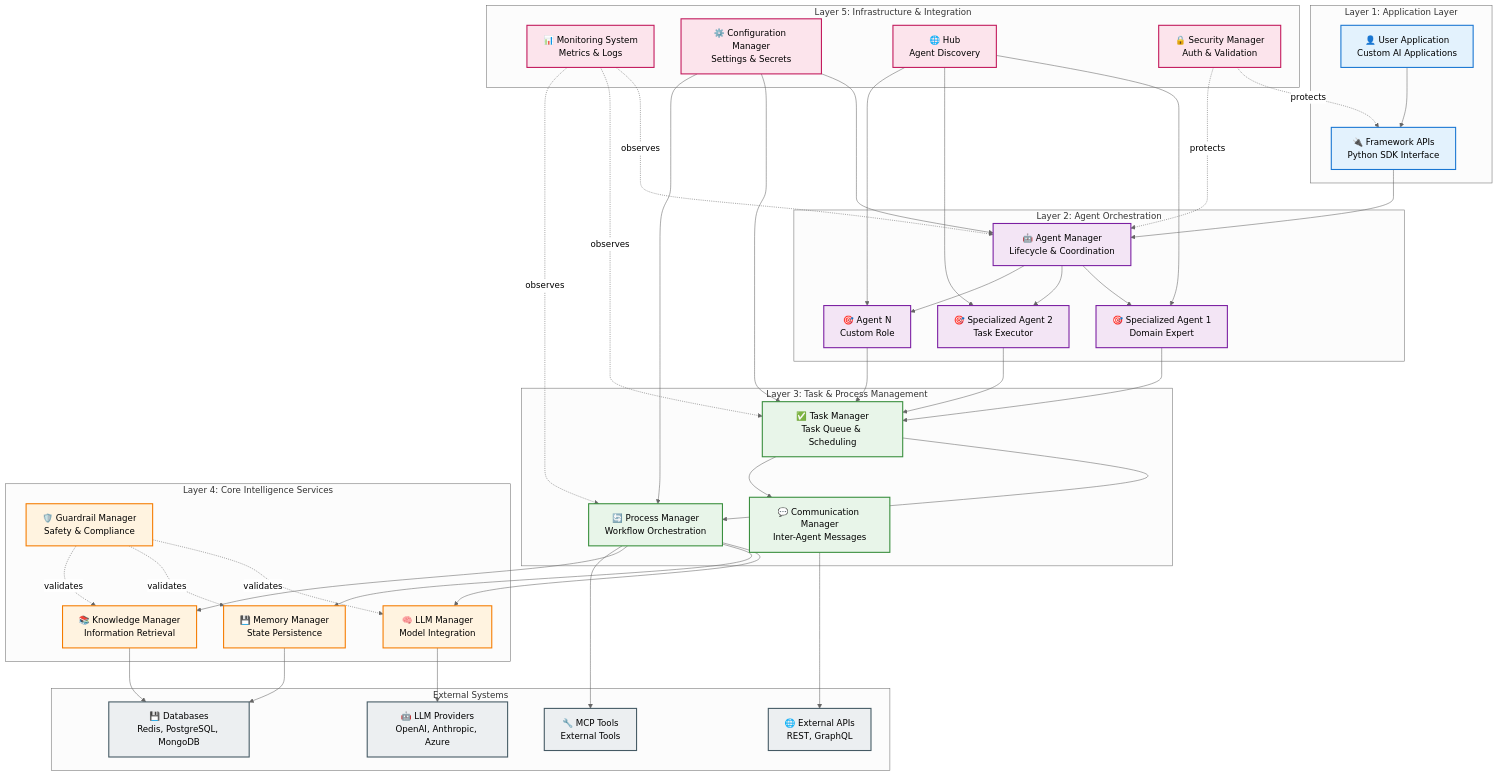
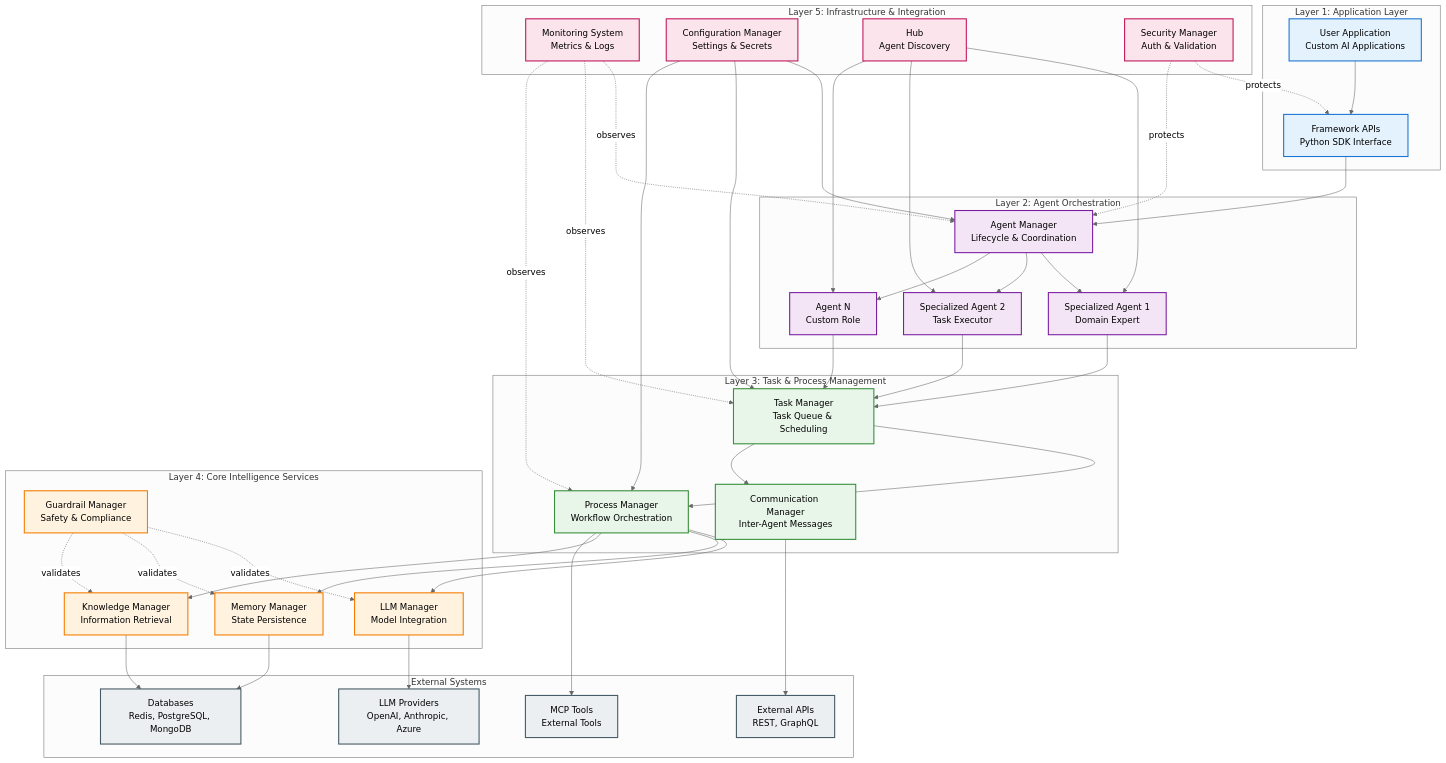
The first of 8 diagrams in docs/architecture.md (isathish/agenticaiframework), drawn with Mermaid (neutral theme) before and after one commit. The commit also changed other lines of this file and 93 other files, not shown here.

````diff
--- a/docs/architecture.md
+++ b/docs/architecture.md
@@ -117,71 +117,71 @@
 ```mermaid
 graph TB
     subgraph "Layer 1: Application Layer"
-        UA["👤 User Application<br/>Custom AI Applications"]
-        API["🔌 Framework APIs<br/>Python SDK Interface"]
+        UA[" User Application<br/>Custom AI Applications"]
+        API[" Framework APIs<br/>Python SDK Interface"]
     end
-    
+
     subgraph "Layer 2: Agent Orchestration"
-        AM["🤖 Agent Manager<br/>Lifecycle & Coordination"]
-        A1["🎯 Specialized Agent 1<br/>Domain Expert"]
-        A2["🎯 Specialized Agent 2<br/>Task Executor"]
-        AN["🎯 Agent N<br/>Custom Role"]
+        AM[" Agent Manager<br/>Lifecycle & Coordination"]
+        A1[" Specialized Agent 1<br/>Domain Expert"]
+        A2[" Specialized Agent 2<br/>Task Executor"]
+        AN[" Agent N<br/>Custom Role"]
     end
-    
+
     subgraph "Layer 3: Task & Process Management"
-        TM["✅ Task Manager<br/>Task Queue & Scheduling"]
-        PM["🔄 Process Manager<br/>Workflow Orchestration"]
-        CM["💬 Communication Manager<br/>Inter-Agent Messages"]
+        TM[" Task Manager<br/>Task Queue & Scheduling"]
+        PM[" Process Manager<br/>Workflow Orchestration"]
+        CM[" Communication Manager<br/>Inter-Agent Messages"]
     end
-    
+
     subgraph "Layer 4: Core Intelligence Services"
-        LM["🧠 LLM Manager<br/>Model Integration"]
-        MM["💾 Memory Manager<br/>State Persistence"]
-        KM["📚 Knowledge Manager<br/>Information Retrieval"]
-        GM["🛡️ Guardrail Manager<br/>Safety & Compliance"]
+        LM[" LLM Manager<br/>Model Integration"]
+        MM[" Memory Manager<br/>State Persistence"]
+        KM[" Knowledge Manager<br/>Information Retrieval"]
+        GM[" Guardrail Manager<br/>Safety & Compliance"]
     end
-    
+
     subgraph "Layer 5: Infrastructure & Integration"
-        MON["📊 Monitoring System<br/>Metrics & Logs"]
-        CONFIG["⚙️ Configuration Manager<br/>Settings & Secrets"]
-        HUB["🌐 Hub<br/>Agent Discovery"]
-        SEC["🔒 Security Manager<br/>Auth & Validation"]
+        MON[" Monitoring System<br/>Metrics & Logs"]
+        CONFIG[" Configuration Manager<br/>Settings & Secrets"]
+        HUB[" Hub<br/>Agent Discovery"]
+        SEC[" Security Manager<br/>Auth & Validation"]
     end
-    
+
     subgraph "External Systems"
-        LLMS["🤖 LLM Providers<br/>OpenAI, Anthropic, Azure"]
-        DB["💾 Databases<br/>Redis, PostgreSQL, MongoDB"]
-        APIS["🌐 External APIs<br/>REST, GraphQL"]
-        TOOLS["🔧 MCP Tools<br/>External Tools"]
+        LLMS[" LLM Providers<br/>OpenAI, Anthropic, Azure"]
+        DB[" Databases<br/>Redis, PostgreSQL, MongoDB"]
+        APIS[" External APIs<br/>REST, GraphQL"]
+        TOOLS[" MCP Tools<br/>External Tools"]
     end
-    
+
     UA --> API
     API --> AM
     AM --> A1 & A2 & AN
     A1 & A2 & AN --> TM
     TM --> PM & CM
     PM --> LM & MM & KM
     GM -."validates".-> LM & MM & KM
     MON -."observes".-> AM & TM & PM
     CONFIG --> AM & TM & PM
     HUB --> A1 & A2 & AN
     SEC -."protects".-> API & AM
     LM --> LLMS
     MM & KM --> DB
     CM --> APIS
     PM --> TOOLS
-    
+
     classDef layer1 fill:#e3f2fd,stroke:#1976d2,stroke-width:2px
     classDef layer2 fill:#f3e5f5,stroke:#7b1fa2,stroke-width:2px
     classDef layer3 fill:#e8f5e9,stroke:#388e3c,stroke-width:2px
     classDef layer4 fill:#fff3e0,stroke:#f57c00,stroke-width:2px
     classDef layer5 fill:#fce4ec,stroke:#c2185b,stroke-width:2px
     classDef external fill:#eceff1,stroke:#455a64,stroke-width:2px
-    
+
     class UA,API layer1
     class AM,A1,A2,AN layer2
     class TM,PM,CM layer3
     class LM,MM,KM,GM layer4
     class MON,CONFIG,HUB,SEC layer5
     class LLMS,DB,APIS,TOOLS external
 ```
````
